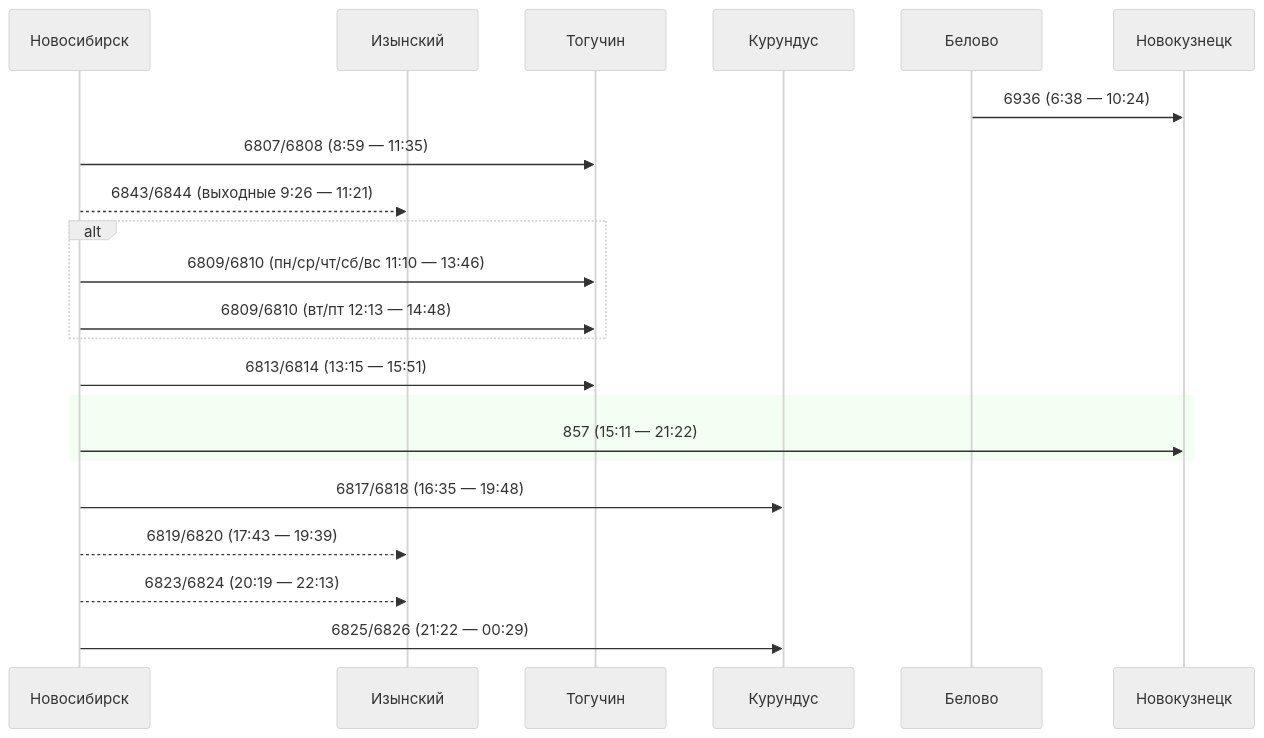
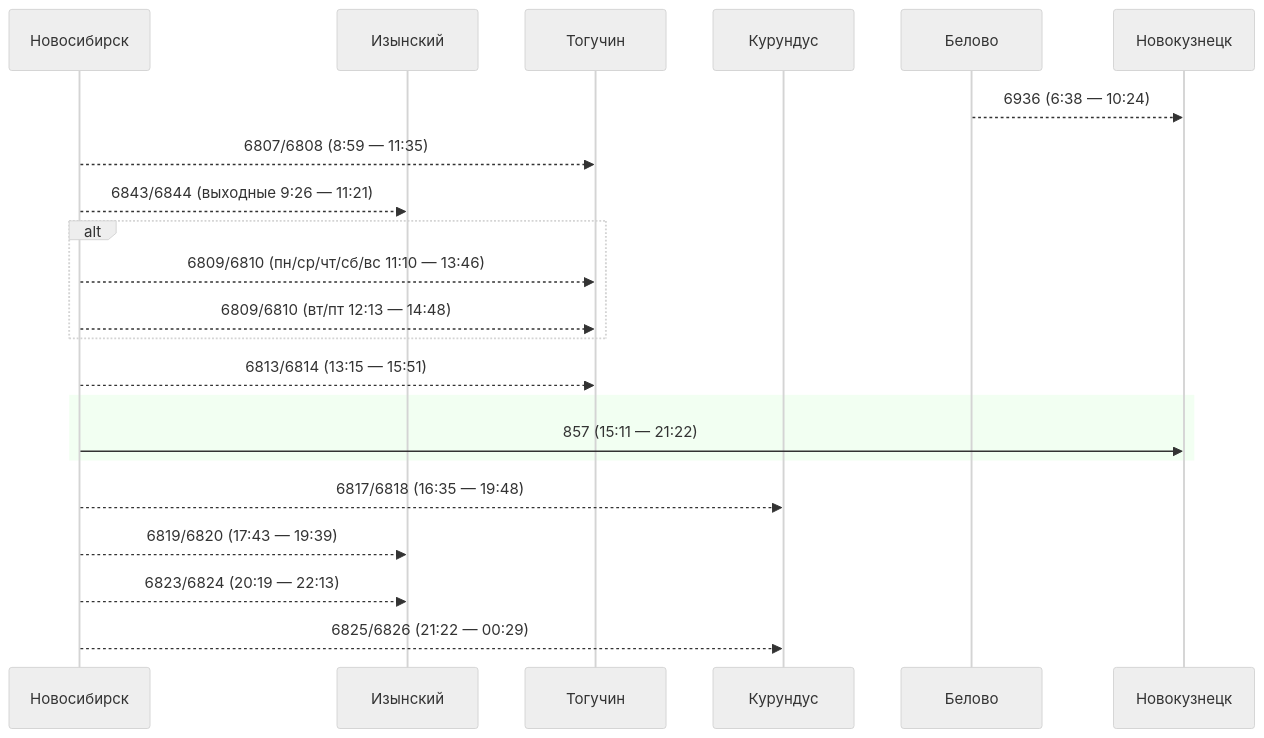
Before and after one commit to u0feff/Pezda: the sixth of 11 diagrams in README.md, drawn with Mermaid (neutral theme). The commit also changed other lines of this file, not shown here.

````diff
--- a/README.md
+++ b/README.md
@@ -292,34 +296,34 @@
 ```mermaid
 sequenceDiagram
     participant Новосибирск
     participant Изынский
     participant Тогучин
     participant Курундус
     participant Белово
     participant Новокузнецк
 
-    Белово->>Новокузнецк: 6936 (6:38 — 10:24)
+    Белово-->>Новокузнецк: 6936 (6:38 — 10:24)
 
-    Новосибирск->>Тогучин: 6807/6808 (8:59 — 11:35)
+    Новосибирск-->>Тогучин: 6807/6808 (8:59 — 11:35)
 
     Новосибирск-->>Изынский: 6843/6844 (выходные 9:26 — 11:21)
 
     alt
-    Новосибирск->>Тогучин: 6809/6810 (пн/ср/чт/сб/вс 11:10 — 13:46)
-    Новосибирск->>Тогучин: 6809/6810 (вт/пт 12:13 — 14:48)
+    Новосибирск-->>Тогучин: 6809/6810 (пн/ср/чт/сб/вс 11:10 — 13:46)
+    Новосибирск-->>Тогучин: 6809/6810 (вт/пт 12:13 — 14:48)
     end
 
-    Новосибирск->>Тогучин: 6813/6814 (13:15 — 15:51)
+    Новосибирск-->>Тогучин: 6813/6814 (13:15 — 15:51)
 
     rect rgba(0, 255, 0, 0.05)
     Новосибирск->>Новокузнецк: 857 (15:11 — 21:22)
     end
 
-    Новосибирск->>Курундус: 6817/6818 (16:35 — 19:48)
+    Новосибирск-->>Курундус: 6817/6818 (16:35 — 19:48)
 
     Новосибирск-->>Изынский: 6819/6820 (17:43 — 19:39)
 
     Новосибирск-->>Изынский: 6823/6824 (20:19 — 22:13)
 
-    Новосибирск->>Курундус: 6825/6826 (21:22 — 00:29)
+    Новосибирск-->>Курундус: 6825/6826 (21:22 — 00:29)
 ```
````
